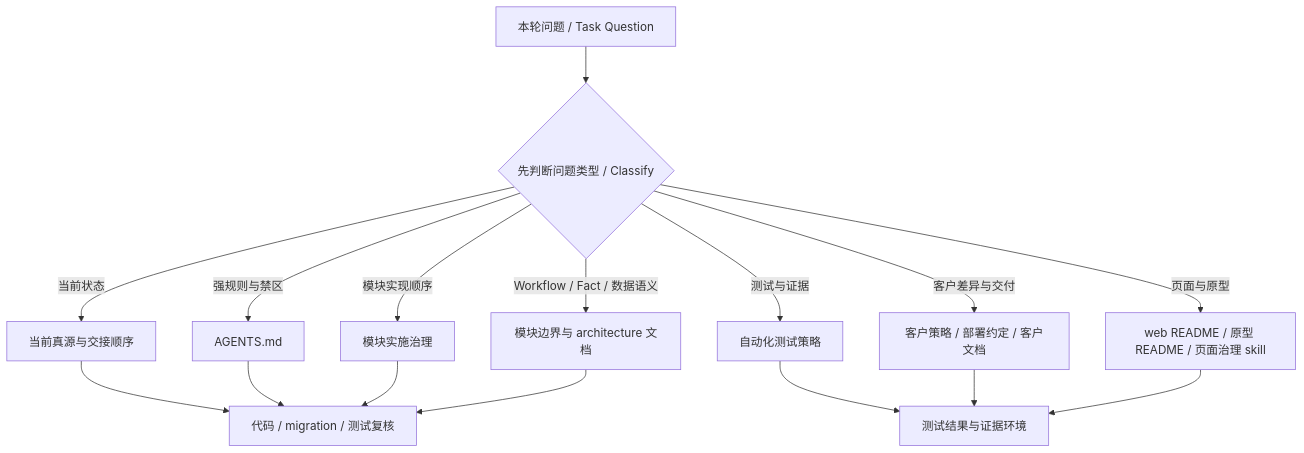
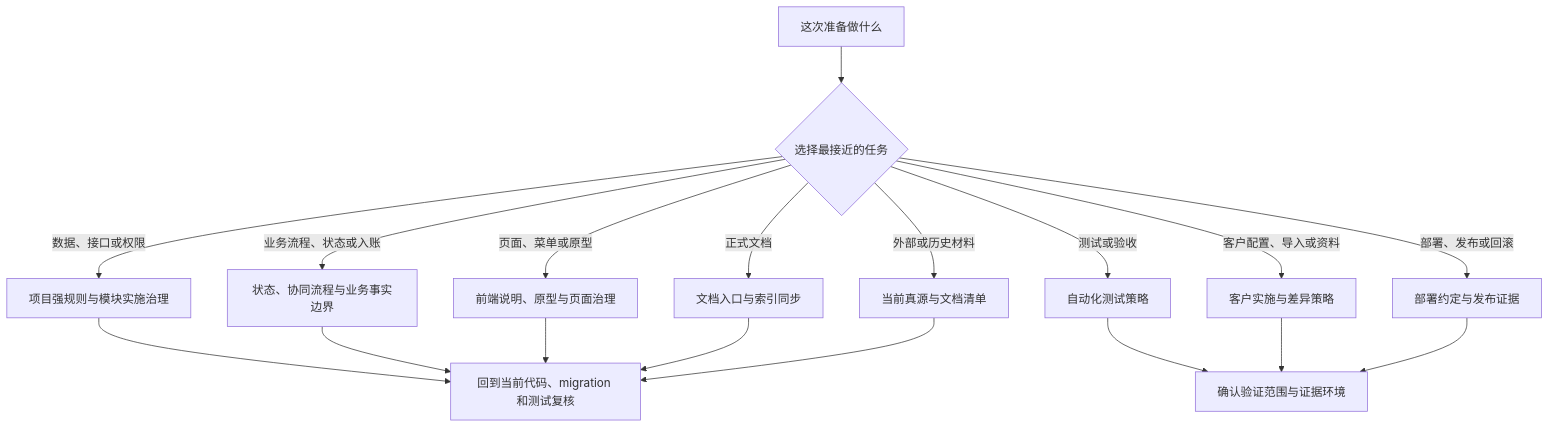
Before and after one commit to saurick/plush-toy-erp: the diagram in docs/项目治理地图.md, drawn with Mermaid. The commit also changed other lines of this file and 408 other files, not shown here.

````diff
--- a/docs/项目治理地图.md
+++ b/docs/项目治理地图.md
@@ -19,18 +53,20 @@
 ```mermaid
 flowchart TD
-  Q["本轮问题 / Task Question"] --> C{"先判断问题类型 / Classify"}
-  C -->|当前状态| S["当前真源与交接顺序"]
-  C -->|强规则与禁区| A["AGENTS.md"]
-  C -->|模块实现顺序| I["模块实施治理"]
-  C -->|Workflow / Fact / 数据语义| B["模块边界与 architecture 文档"]
-  C -->|测试与证据| T["自动化测试策略"]
-  C -->|客户差异与交付| D["客户策略 / 部署约定 / 客户文档"]
-  C -->|页面与原型| P["web README / 原型 README / 页面治理 skill"]
-  S --> R["代码 / migration / 测试复核"]
-  A --> R
-  I --> R
+  Q["这次准备做什么"] --> C{"选择最接近的任务"}
+  C -->|数据、接口或权限| A["项目强规则与模块实施治理"]
+  C -->|业务流程、状态或入账| B["状态、协同流程与业务事实边界"]
+  C -->|页面、菜单或原型| P["前端说明、原型与页面治理"]
+  C -->|测试或验收| T["自动化测试策略"]
+  C -->|客户配置、导入或资料| D["客户实施与差异策略"]
+  C -->|部署、发布或回滚| O["部署约定与发布证据"]
+  C -->|正式文档| M["文档入口与索引同步"]
+  C -->|外部或历史材料| X["当前真源与文档清单"]
+  A --> R["回到当前代码、migration 和测试复核"]
   B --> R
-  T --> E["测试结果与证据环境"]
+  P --> R
+  T --> E["确认验证范围与证据环境"]
   D --> E
-  P --> E
+  O --> E
+  M --> R
+  X --> R
 ```
````
